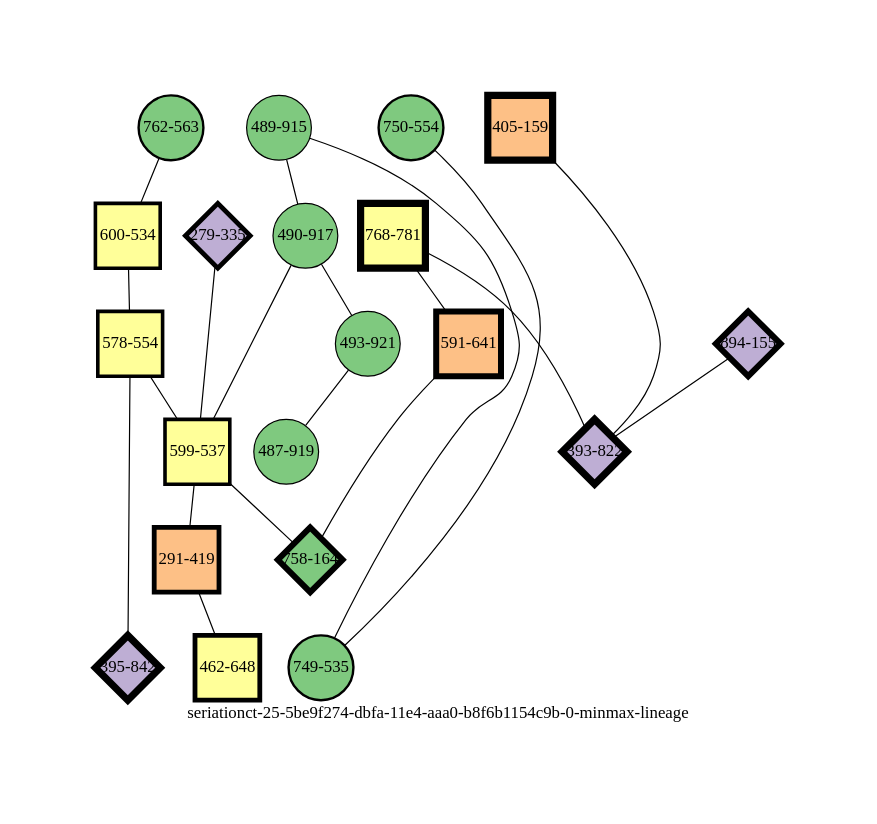
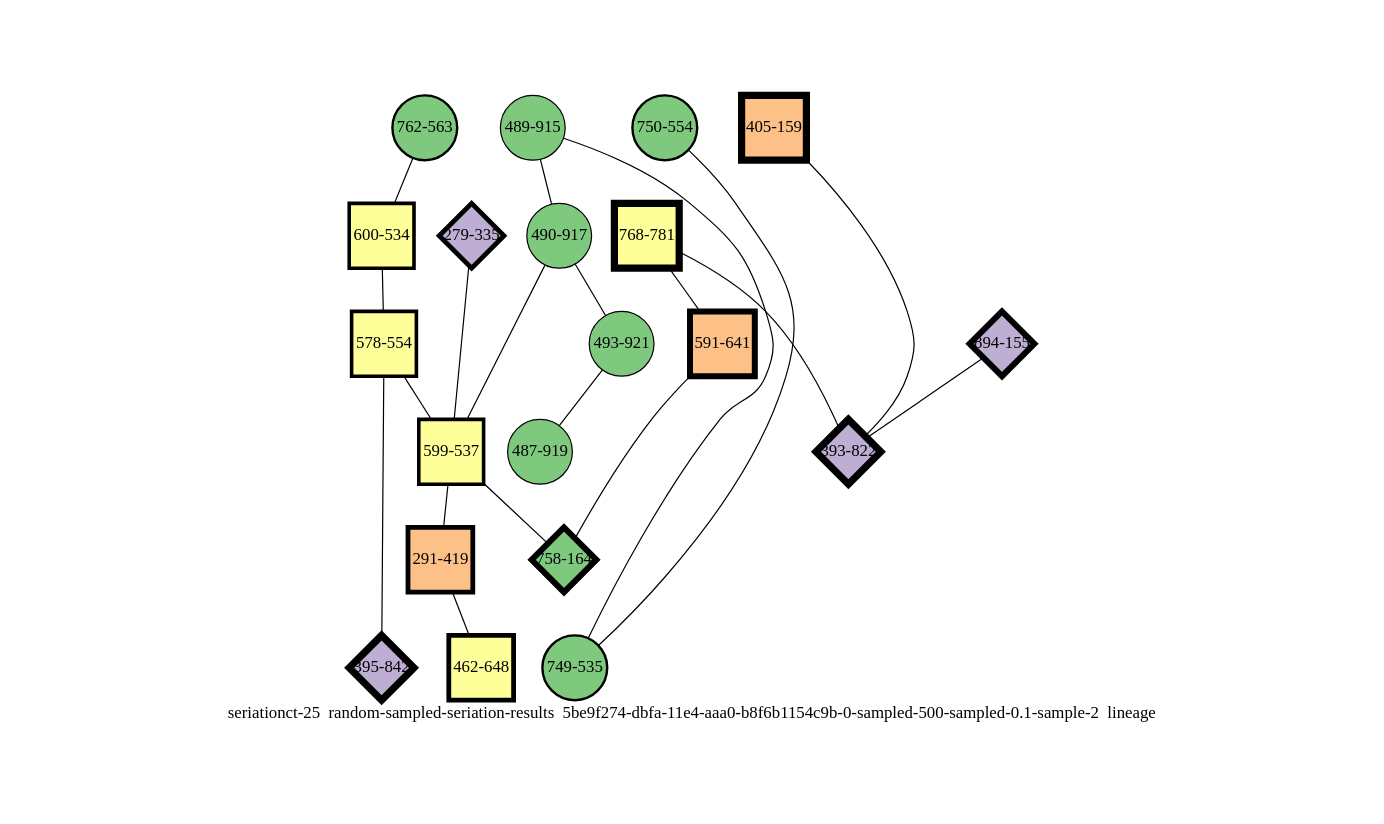
One commit to mmadsen/experiment-seriationct changed the diagram in experiments/seriationct-25/random-sampled-seriation-results/5be9f274-dbfa-11e4-aaa0-b8f6b1154c9b-0-sampled-500-sampled-0.1-sample-2/5be9f274-dbfa-11e4-aaa0-b8f6b1154c9b-0-sampled-500-sampled-0.1-sample-2-minmax-by-weight.png-lineage-annotated-chronological.dot. Above: the diagram before and after it, drawn with Graphviz. The commit also changed 1117 other files, not shown here.

```diff
--- a/experiments/seriationct-25/random-sampled-seriation-results/5be9f274-dbfa-11e4-aaa0-b8f6b1154c9b-0-sampled-500-sampled-0.1-sample-2/5be9f274-dbfa-11e4-aaa0-b8f6b1154c9b-0-sampled-500-sampled-0.1-sample-2-minmax-by-weight.png-lineage-annotated-chronological.dot
+++ b/experiments/seriationct-25/random-sampled-seriation-results/5be9f274-dbfa-11e4-aaa0-b8f6b1154c9b-0-sampled-500-sampled-0.1-sample-2/5be9f274-dbfa-11e4-aaa0-b8f6b1154c9b-0-sampled-500-sampled-0.1-sample-2-minmax-by-weight.png-lineage-annotated-chronological.dot
@@ -1,46 +1,46 @@
-strict graph "seriationct-25-5be9f274-dbfa-11e4-aaa0-b8f6b1154c9b-0-minmax-lineage" {
+strict graph "seriationct-25  random-sampled-seriation-results  5be9f274-dbfa-11e4-aaa0-b8f6b1154c9b-0-sampled-500-sampled-0.1-sample-2  lineage" {
 labelloc=b;
 ratio=auto;
 pad="1.0";
-label="seriationct-25-5be9f274-dbfa-11e4-aaa0-b8f6b1154c9b-0-minmax-lineage";
+label="seriationct-25  random-sampled-seriation-results  5be9f274-dbfa-11e4-aaa0-b8f6b1154c9b-0-sampled-500-sampled-0.1-sample-2  lineage";
 node [width="0.75", style=filled, fixedsize=true, height="0.75", shape=circle, label=""];
 0 [xCoordinate="781.0", appears_in_slice=6, yCoordinate="768.0", colorscheme=accent6, lineage_id=1, short_label="768-781", label="768-781", shape=square, cluster_id=3, fillcolor=4, size="500.0", id=0, penwidth="6.0"];
 1 [xCoordinate="335.0", appears_in_slice=4, yCoordinate="279.0", colorscheme=accent6, lineage_id=2, short_label="279-335", label="279-335", shape=diamond, cluster_id=1, fillcolor=2, size="500.0", id=1, penwidth="4.0"];
 2 [xCoordinate="554.0", appears_in_slice=2, yCoordinate="750.0", colorscheme=accent6, lineage_id=0, short_label="750-554", label="750-554", shape=circle, cluster_id=0, fillcolor=1, size="500.0", id=2, penwidth="2.0"];
 3 [xCoordinate="563.0", appears_in_slice=2, yCoordinate="762.0", colorscheme=accent6, lineage_id=0, short_label="762-563", label="762-563", shape=circle, cluster_id=0, fillcolor=1, size="500.0", id=19, penwidth="2.0"];
 4 [xCoordinate="641.0", appears_in_slice=5, yCoordinate="591.0", colorscheme=accent6, lineage_id=1, short_label="591-641", label="591-641", shape=square, cluster_id=2, fillcolor=3, size="500.0", id=4, penwidth="5.0"];
 5 [xCoordinate="915.0", appears_in_slice=1, yCoordinate="489.0", colorscheme=accent6, lineage_id=0, short_label="489-915", label="489-915", shape=circle, cluster_id=0, fillcolor=1, size="500.0", id=5, penwidth="1.0"];
 6 [xCoordinate="159.0", appears_in_slice=6, yCoordinate="405.0", colorscheme=accent6, lineage_id=1, short_label="405-159", label="405-159", shape=square, cluster_id=2, fillcolor=3, size="500.0", id=7, penwidth="6.0"];
 7 [xCoordinate="534.0", appears_in_slice=3, yCoordinate="600.0", colorscheme=accent6, lineage_id=1, short_label="600-534", label="600-534", shape=square, cluster_id=3, fillcolor=4, size="500.0", id=8, penwidth="3.0"];
 8 [xCoordinate="554.0", appears_in_slice=3, yCoordinate="578.0", colorscheme=accent6, lineage_id=1, short_label="578-554", label="578-554", shape=square, cluster_id=3, fillcolor=4, size="500.0", id=9, penwidth="3.0"];
 9 [xCoordinate="917.0", appears_in_slice=1, yCoordinate="490.0", colorscheme=accent6, lineage_id=0, short_label="490-917", label="490-917", shape=circle, cluster_id=0, fillcolor=1, size="500.0", id=10, penwidth="1.0"];
 10 [xCoordinate="537.0", appears_in_slice=3, yCoordinate="599.0", colorscheme=accent6, lineage_id=1, short_label="599-537", label="599-537", shape=square, cluster_id=3, fillcolor=4, size="500.0", id=11, penwidth="3.0"];
 11 [xCoordinate="164.0", appears_in_slice=5, yCoordinate="758.0", colorscheme=accent6, lineage_id=2, short_label="758-164", label="758-164", shape=diamond, cluster_id=0, fillcolor=1, size="500.0", id=12, penwidth="5.0"];
 12 [xCoordinate="155.0", appears_in_slice=5, yCoordinate="894.0", colorscheme=accent6, lineage_id=2, short_label="894-155", label="894-155", shape=diamond, cluster_id=1, fillcolor=2, size="500.0", id=13, penwidth="5.0"];
 13 [xCoordinate="842.0", appears_in_slice=6, yCoordinate="395.0", colorscheme=accent6, lineage_id=2, short_label="395-842", label="395-842", shape=diamond, cluster_id=1, fillcolor=2, size="500.0", id=6, penwidth="6.0"];
 14 [xCoordinate="419.0", appears_in_slice=4, yCoordinate="291.0", colorscheme=accent6, lineage_id=1, short_label="291-419", label="291-419", shape=square, cluster_id=2, fillcolor=3, size="500.0", id=16, penwidth="4.0"];
 15 [xCoordinate="921.0", appears_in_slice=1, yCoordinate="493.0", colorscheme=accent6, lineage_id=0, short_label="493-921", label="493-921", shape=circle, cluster_id=0, fillcolor=1, size="500.0", id=14, penwidth="1.0"];
 16 [xCoordinate="919.0", appears_in_slice=1, yCoordinate="487.0", colorscheme=accent6, lineage_id=0, short_label="487-919", label="487-919", shape=circle, cluster_id=0, fillcolor=1, size="500.0", id=15, penwidth="1.0"];
 17 [xCoordinate="648.0", appears_in_slice=4, yCoordinate="462.0", colorscheme=accent6, lineage_id=1, short_label="462-648", label="462-648", shape=square, cluster_id=3, fillcolor=4, size="500.0", id=18, penwidth="4.0"];
 18 [xCoordinate="535.0", appears_in_slice=2, yCoordinate="749.0", colorscheme=accent6, lineage_id=0, short_label="749-535", label="749-535", shape=circle, cluster_id=0, fillcolor=1, size="500.0", id=17, penwidth="2.0"];
 19 [xCoordinate="822.0", appears_in_slice=6, yCoordinate="393.0", colorscheme=accent6, lineage_id=2, short_label="393-822", label="393-822", shape=diamond, cluster_id=1, fillcolor=2, size="500.0", id=3, penwidth="6.0"];
 0 -- 19  [inverseweight="17.6998081351", weight="0.0564977875673"];
 0 -- 4  [inverseweight="2.84550588543", weight="0.351431358874"];
 1 -- 10  [inverseweight="3.19373110964", weight="0.313113397989"];
 2 -- 18  [inverseweight="18.8712839024", weight="0.052990565198"];
 3 -- 7  [inverseweight="1.30240134123", weight="0.767812477106"];
 4 -- 11  [inverseweight="1.85360712589", weight="0.539488646776"];
 5 -- 9  [inverseweight="1.75374913871", weight="0.570206979964"];
 5 -- 18  [inverseweight="3.67607311047", weight="0.272029410175"];
 6 -- 19  [inverseweight="3.77705563647", weight="0.264756491894"];
 7 -- 8  [inverseweight="2.16156729985", weight="0.462627279784"];
 8 -- 10  [inverseweight="2.35034665469", weight="0.425469152818"];
 8 -- 13  [inverseweight="1.18046725153", weight="0.847122187173"];
 9 -- 10  [inverseweight="1.82290034846", weight="0.548576339264"];
 9 -- 15  [inverseweight="13.4498048447", weight="0.0743505211818"];
 10 -- 11  [inverseweight="2.26851287836", weight="0.440817422523"];
 10 -- 14  [inverseweight="1.25342811346", weight="0.797812007932"];
 12 -- 19  [inverseweight="4.68621878719", weight="0.213391658694"];
 14 -- 17  [inverseweight="42.5628265379", weight="0.0234946802489"];
 15 -- 16  [inverseweight="65.6532164299", weight="0.0152315462117"];
 }
```
